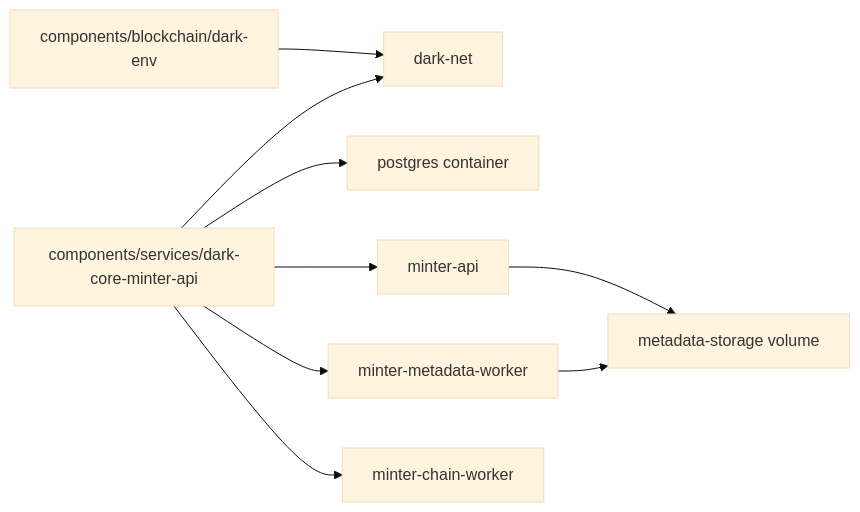
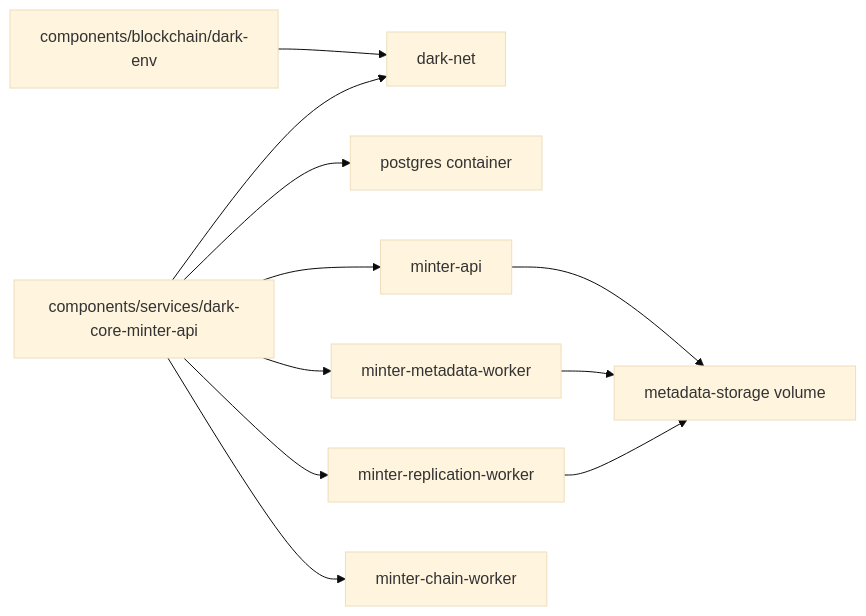
Before and after one commit to LA-Referencia-IOI/dark-core-minter-api: diagram 13 of 13 in minter-architecture.md, drawn with Mermaid (base theme). The commit also changed other lines of this file and 15 other files, not shown here.

Commit message:
feat: separate replication reconciliation worker

````diff
--- a/minter-architecture.md
+++ b/minter-architecture.md
@@ -568,11 +623,13 @@
 ```mermaid
 flowchart LR
     ENV["components/blockchain/dark-env"] --> NET["dark-net"]
     MINTER["components/services/dark-core-minter-api"] --> NET
     MINTER --> PG["postgres container"]
     MINTER --> API["minter-api"]
     MINTER --> MW["minter-metadata-worker"]
+    MINTER --> RW["minter-replication-worker"]
     MINTER --> CW["minter-chain-worker"]
     API --> VOL["metadata-storage volume"]
     MW --> VOL
+    RW --> VOL
 ```
````
